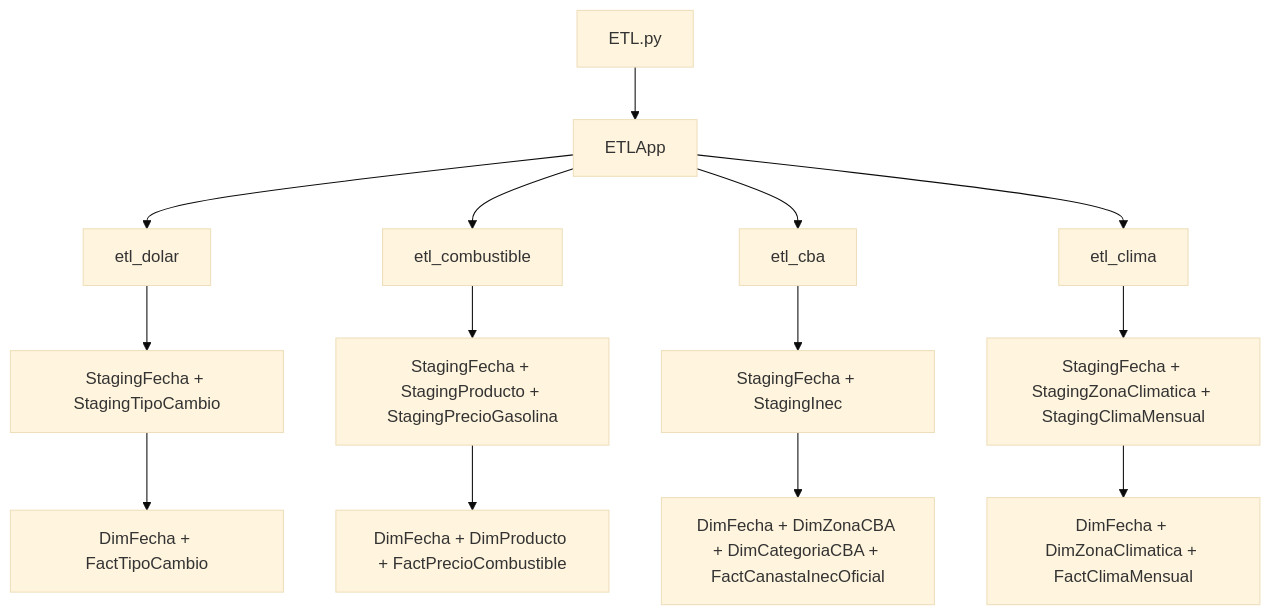
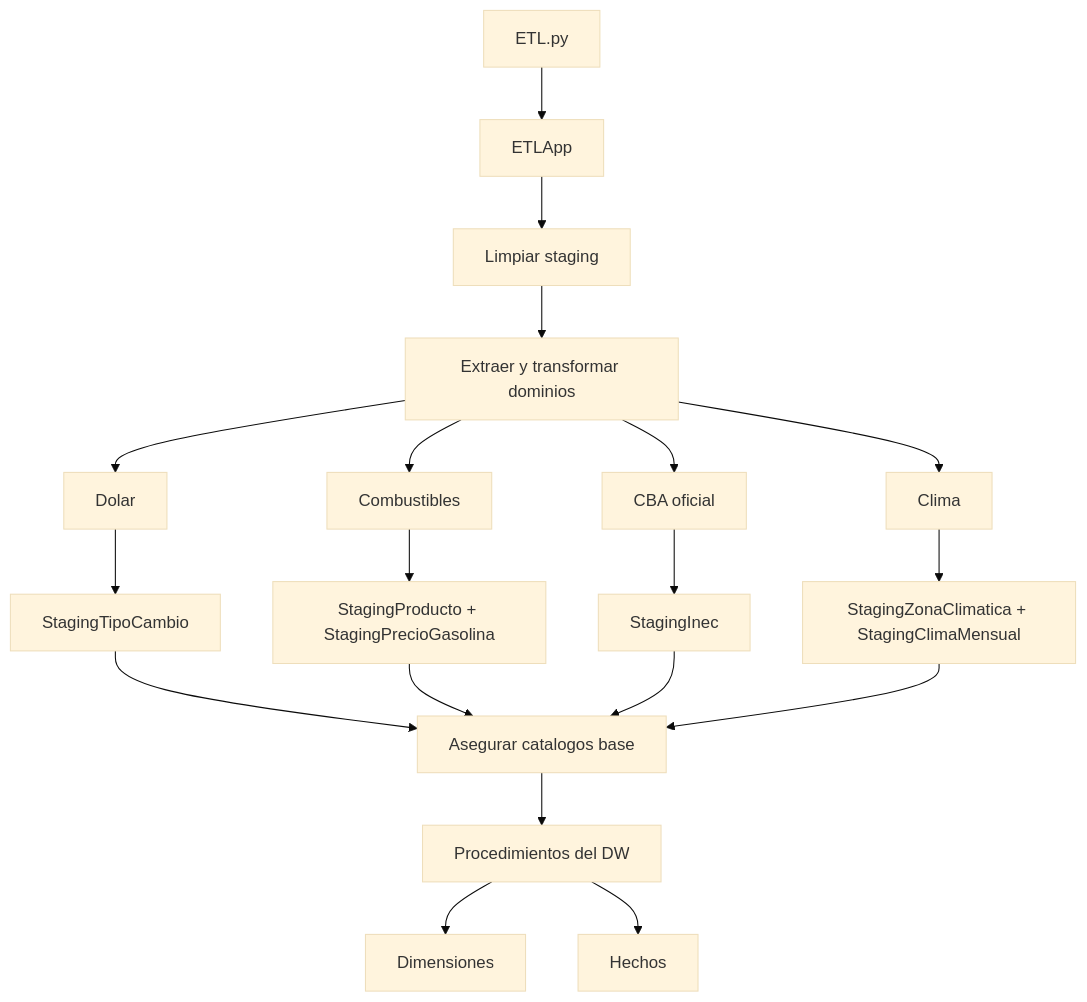
Before and after one commit to DesmondBermudez/Proyecto-AlmacenesDatos: the second of 3 diagrams in README.md, drawn with Mermaid (base theme). The commit also changed other lines of this file and 2 other files, not shown here.

Commit message:
docs/reorganiza README y alinea diagramas con el flujo ETL y el modelo DW real fix/smoke: cambios menores de optimizacion feature/DW:query para Azure SQL

````diff
--- a/README.md
+++ b/README.md
@@ -31,18 +71,25 @@
 ```mermaid
 flowchart TB
     A["ETL.py"] --> B["ETLApp"]
-    B --> C["etl_dolar"]
-    B --> D["etl_combustible"]
-    B --> E["etl_cba"]
-    B --> F["etl_clima"]
+    B --> C["Limpiar staging"]
+    C --> D["Extraer y transformar dominios"]
 
-    C --> C1["StagingFecha + StagingTipoCambio"]
-    D --> D1["StagingFecha + StagingProducto + StagingPrecioGasolina"]
-    E --> E1["StagingFecha + StagingInec"]
-    F --> F1["StagingFecha + StagingZonaClimatica + StagingClimaMensual"]
+    D --> D1["Dolar"]
+    D --> D2["Combustibles"]
+    D --> D3["CBA oficial"]
+    D --> D4["Clima"]
 
-    C1 --> G["DimFecha + FactTipoCambio"]
-    D1 --> H["DimFecha + DimProducto + FactPrecioCombustible"]
-    E1 --> I["DimFecha + DimZonaCBA + DimCategoriaCBA + FactCanastaInecOficial"]
-    F1 --> J["DimFecha + DimZonaClimatica + FactClimaMensual"]
+    D1 --> S1["StagingTipoCambio"]
+    D2 --> S2["StagingProducto + StagingPrecioGasolina"]
+    D3 --> S3["StagingInec"]
+    D4 --> S4["StagingZonaClimatica + StagingClimaMensual"]
+
+    S1 --> E["Asegurar catalogos base"]
+    S2 --> E
+    S3 --> E
+    S4 --> E
+
+    E --> F["Procedimientos del DW"]
+    F --> G["Dimensiones"]
+    F --> H["Hechos"]
 ```
````
